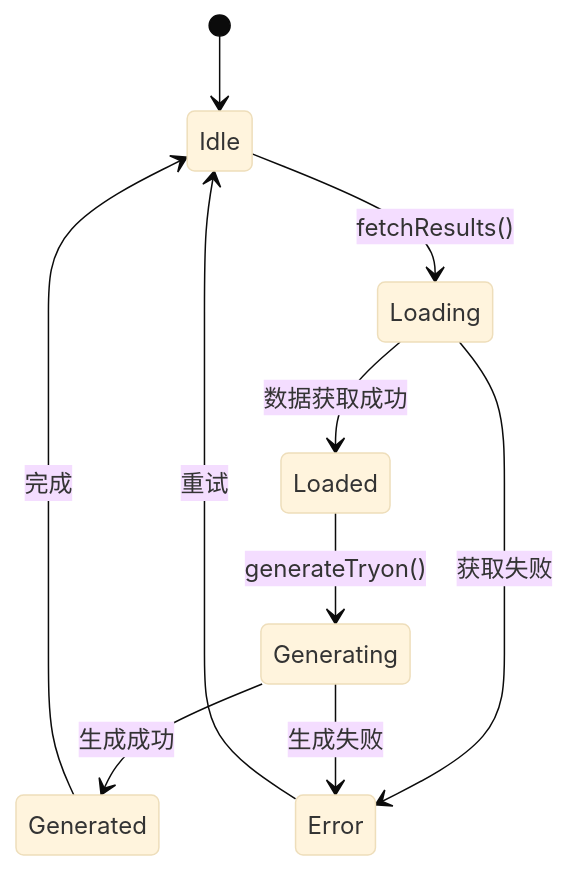
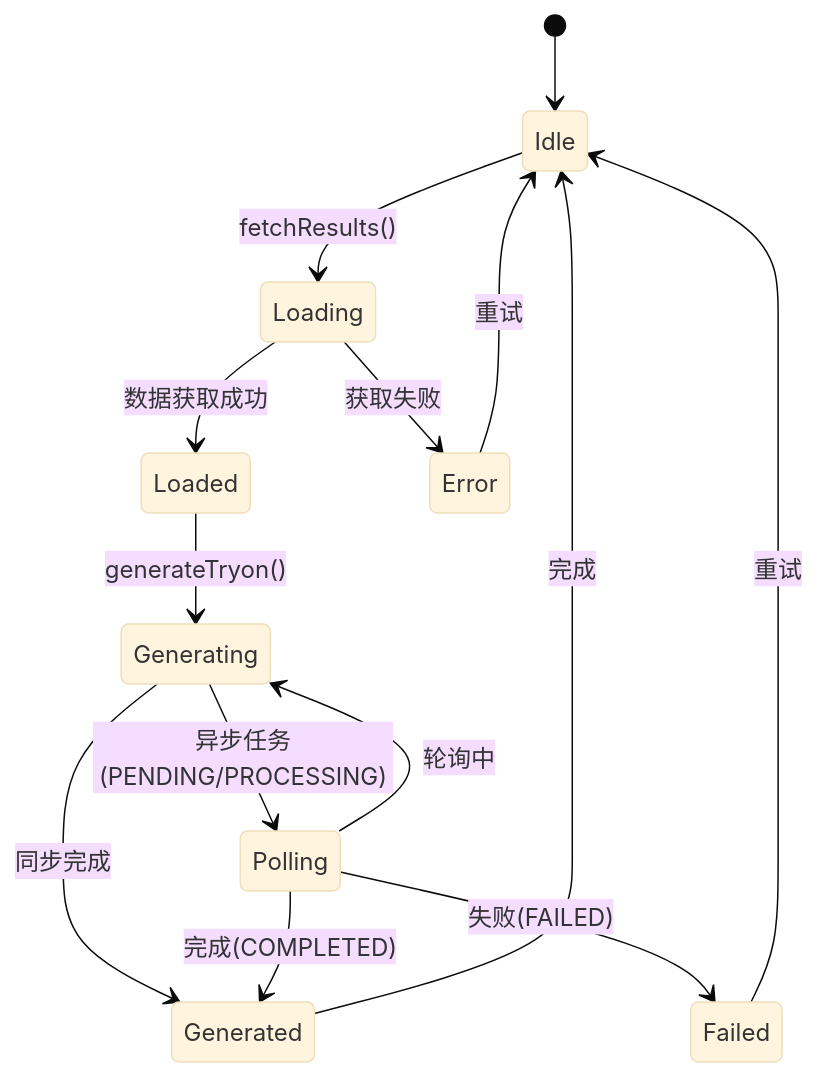
One commit to lsqwawa/free-dress changed diagram 11 of 13 in .qoder/repowiki/zh/content/后端开发指南/核心模块详解/AI试穿模块.md. Above: the diagram before and after it, drawn with Mermaid (base theme). The commit also changed other lines of this file and 62 other files, not shown here.

````diff
--- a/.qoder/repowiki/zh/content/后端开发指南/核心模块详解/AI试穿模块.md
+++ b/.qoder/repowiki/zh/content/后端开发指南/核心模块详解/AI试穿模块.md
@@ -414,12 +575,16 @@
 ```mermaid
 stateDiagram-v2
 [*] --> Idle
 Idle --> Loading : fetchResults()
 Loading --> Loaded : 数据获取成功
 Loading --> Error : 获取失败
 Error --> Idle : 重试
 Loaded --> Generating : generateTryon()
-Generating --> Generated : 生成成功
-Generating --> Error : 生成失败
+Generating --> Polling : 异步任务(PENDING/PROCESSING)
+Generating --> Generated : 同步完成
+Polling --> Generating : 轮询中
+Polling --> Generated : 完成(COMPLETED)
+Polling --> Failed : 失败(FAILED)
+Failed --> Idle : 重试
 Generated --> Idle : 完成
 ```
````
